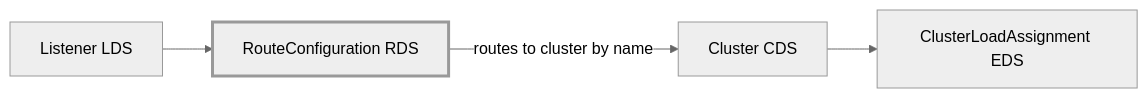
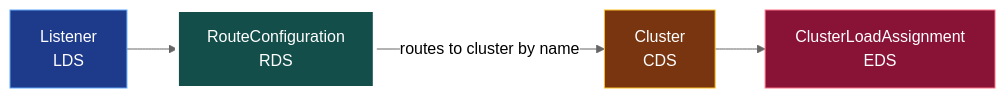
The diagram in docs/04-rds/README.md (0-draft/envoy-xds-deep-dive), drawn with Mermaid (neutral theme) before and after one commit. The commit also changed 27 other files, not shown here.

First line of the commit message:
docs: semantic color, distinct shapes, and a11y metadata for all mermaid diagrams

````diff
--- a/docs/04-rds/README.md
+++ b/docs/04-rds/README.md
@@ -9,7 +9,17 @@
 ```mermaid
 flowchart LR
-    L[Listener LDS] --> R[RouteConfiguration RDS]
-    R -- routes to cluster by name --> C[Cluster CDS]
-    C --> E[ClusterLoadAssignment EDS]
-    style R stroke-width:3px
+    accTitle: Where RDS sits in the dependency chain
+    accDescr: The RouteConfiguration, served by RDS, is highlighted. A Listener points to it, and it routes to a Cluster by name, which references a ClusterLoadAssignment.
+    L[Listener<br/>LDS] --> R[RouteConfiguration<br/>RDS]
+    R -- routes to cluster by name --> C[Cluster<br/>CDS]
+    C --> E[ClusterLoadAssignment<br/>EDS]
+    class L lds
+    class R rds
+    class C cds
+    class E eds
+    style R stroke:#fff,stroke-width:4px
+    classDef lds fill:#1e3a8a,stroke:#60a5fa,color:#fff
+    classDef rds fill:#134e4a,stroke:#2dd4bf,color:#fff
+    classDef cds fill:#78350f,stroke:#fbbf24,color:#fff
+    classDef eds fill:#881337,stroke:#fb7185,color:#fff
 ```
````
